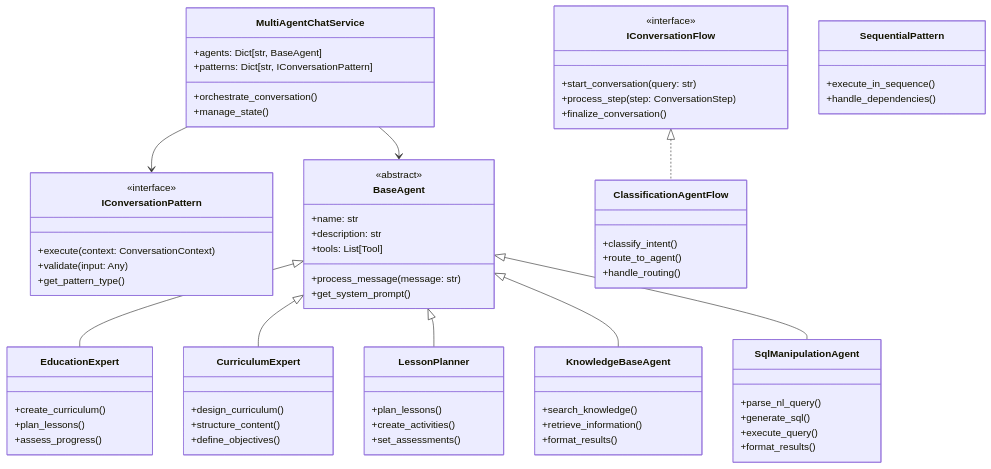
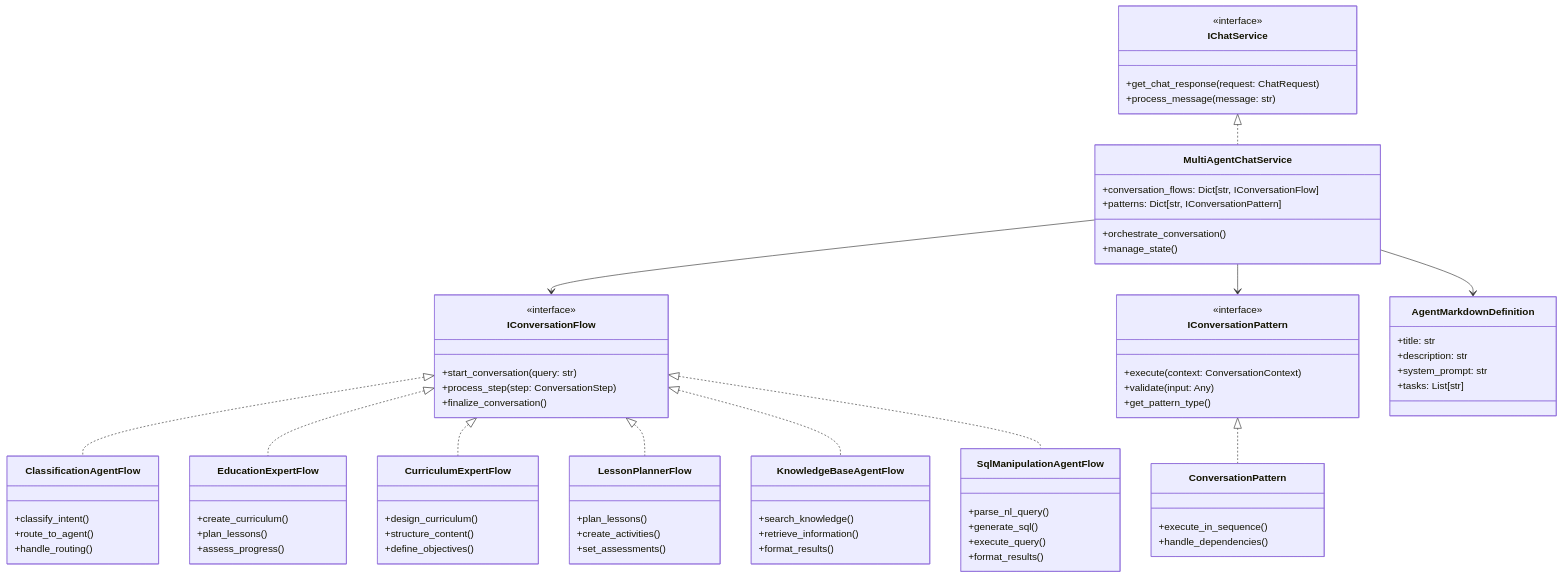
The ninth of 13 diagrams in docs/architecture/README.md (the-ingenious-dark-knight/Insight_Ingenious), drawn with Mermaid before and after one commit. The commit also changed other lines of this file and 3 other files, not shown here.

````diff
--- a/docs/architecture/README.md
+++ b/docs/architecture/README.md
@@ -406,40 +406,44 @@
         +finalize_conversation()
     }
 
-    class BaseAgent {
-        <<abstract>>
-        +name: str
-        +description: str
-        +tools: List[Tool]
+    class IChatService {
+        <<interface>>
+        +get_chat_response(request: ChatRequest)
         +process_message(message: str)
-        +get_system_prompt()
     }
 
-    class EducationExpert {
+    class AgentMarkdownDefinition {
+        +title: str
+        +description: str
+        +system_prompt: str
+        +tasks: List[str]
+    }
+
+    class EducationExpertFlow {
         +create_curriculum()
         +plan_lessons()
         +assess_progress()
     }
 
-    class CurriculumExpert {
+    class CurriculumExpertFlow {
         +design_curriculum()
         +structure_content()
         +define_objectives()
     }
 
-    class LessonPlanner {
+    class LessonPlannerFlow {
         +plan_lessons()
         +create_activities()
         +set_assessments()
     }
 
-    class KnowledgeBaseAgent {
+    class KnowledgeBaseAgentFlow {
         +search_knowledge()
         +retrieve_information()
         +format_results()
     }
 
-    class SqlManipulationAgent {
+    class SqlManipulationAgentFlow {
         +parse_nl_query()
         +generate_sql()
         +execute_query()
@@ -447,13 +451,13 @@
     }
 
     class MultiAgentChatService {
-        +agents: Dict[str, BaseAgent]
+        +conversation_flows: Dict[str, IConversationFlow]
         +patterns: Dict[str, IConversationPattern]
         +orchestrate_conversation()
         +manage_state()
     }
 
-    class SequentialPattern {
+    class ConversationPattern {
         +execute_in_sequence()
         +handle_dependencies()
     }
@@ -464,11 +468,14 @@
         +handle_routing()
     }
     IConversationFlow <|.. ClassificationAgentFlow
-    BaseAgent <|-- EducationExpert
-    BaseAgent <|-- CurriculumExpert
-    BaseAgent <|-- LessonPlanner
-    BaseAgent <|-- KnowledgeBaseAgent
-    BaseAgent <|-- SqlManipulationAgent
-    MultiAgentChatService --> BaseAgent
+    IConversationFlow <|.. EducationExpertFlow
+    IConversationFlow <|.. CurriculumExpertFlow
+    IConversationFlow <|.. LessonPlannerFlow
+    IConversationFlow <|.. KnowledgeBaseAgentFlow
+    IConversationFlow <|.. SqlManipulationAgentFlow
+    IConversationPattern <|.. ConversationPattern
+    IChatService <|.. MultiAgentChatService
+    MultiAgentChatService --> IConversationFlow
     MultiAgentChatService --> IConversationPattern
+    MultiAgentChatService --> AgentMarkdownDefinition
 ```
````
